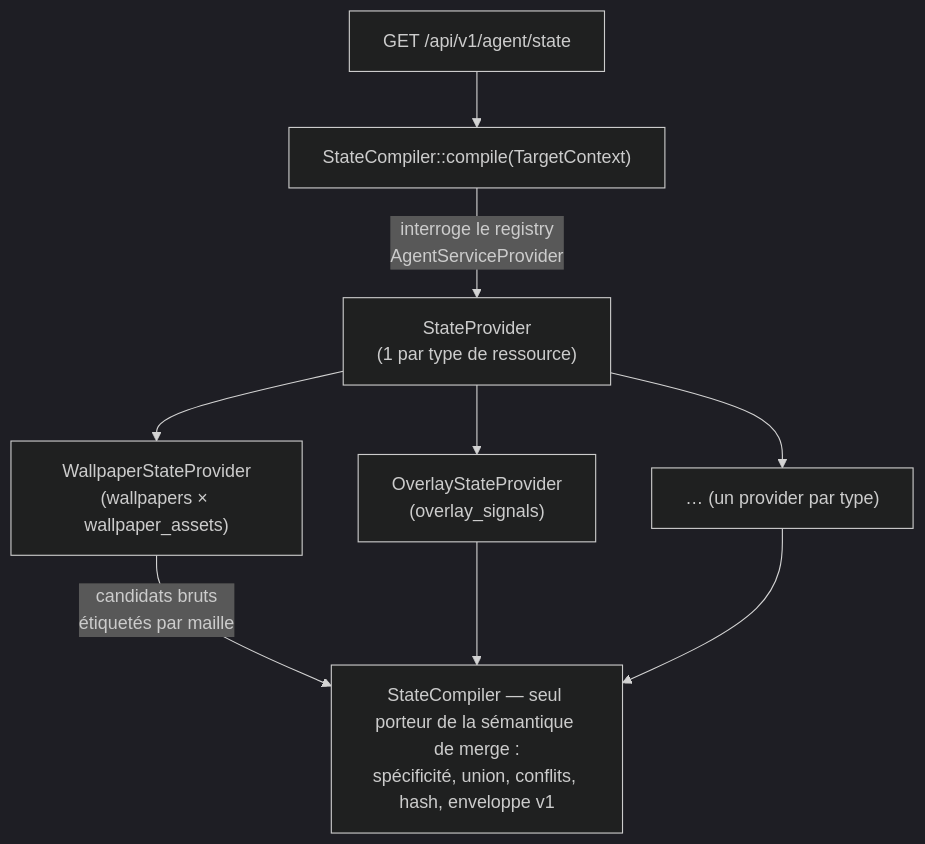
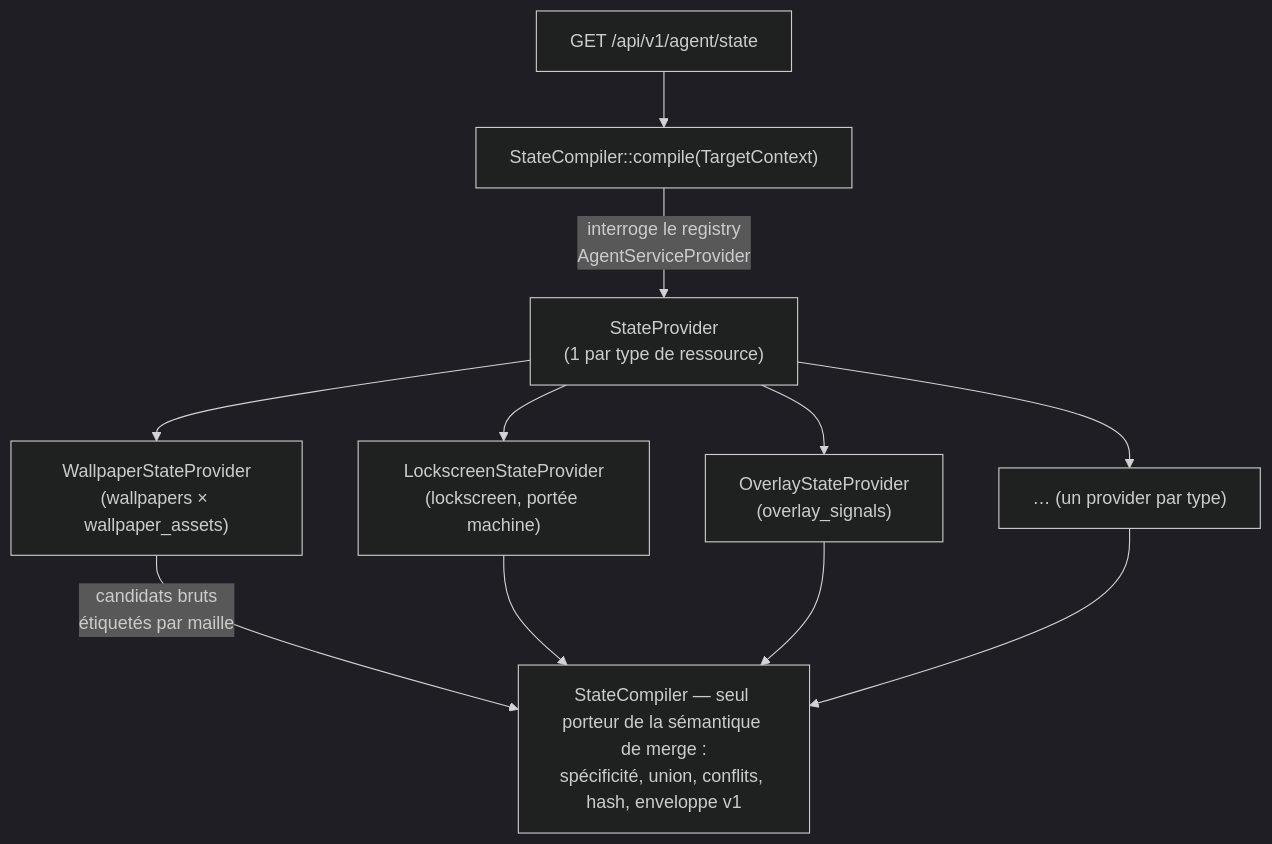
One commit to henritouchard/sambaedu-reload changed the diagram in docs/agent/state-providers.md. Above: the diagram before and after it, drawn with Mermaid (dark theme). The commit also changed other lines of this file and 5 other files, not shown here.

````diff
--- a/docs/agent/state-providers.md
+++ b/docs/agent/state-providers.md
@@ -15,12 +15,14 @@
 ```mermaid
 flowchart TD
     GET["GET /api/v1/agent/state"] --> COMPILE["StateCompiler::compile(TargetContext)"]
     COMPILE -->|interroge le registry<br/>AgentServiceProvider| PROV["StateProvider<br/>(1 par type de ressource)"]
     PROV --> WP["WallpaperStateProvider<br/>(wallpapers × wallpaper_assets)"]
+    PROV --> LS["LockscreenStateProvider<br/>(lockscreen, portée machine)"]
     PROV --> OV["OverlayStateProvider<br/>(overlay_signals)"]
     PROV --> ETC["… (un provider par type)"]
     WP -->|candidats bruts<br/>étiquetés par maille| MERGE
+    LS --> MERGE
     OV --> MERGE
     ETC --> MERGE
     MERGE["StateCompiler — seul porteur de la sémantique de merge :<br/>spécificité, union, conflits, hash, enveloppe v1"]
 ```
````
